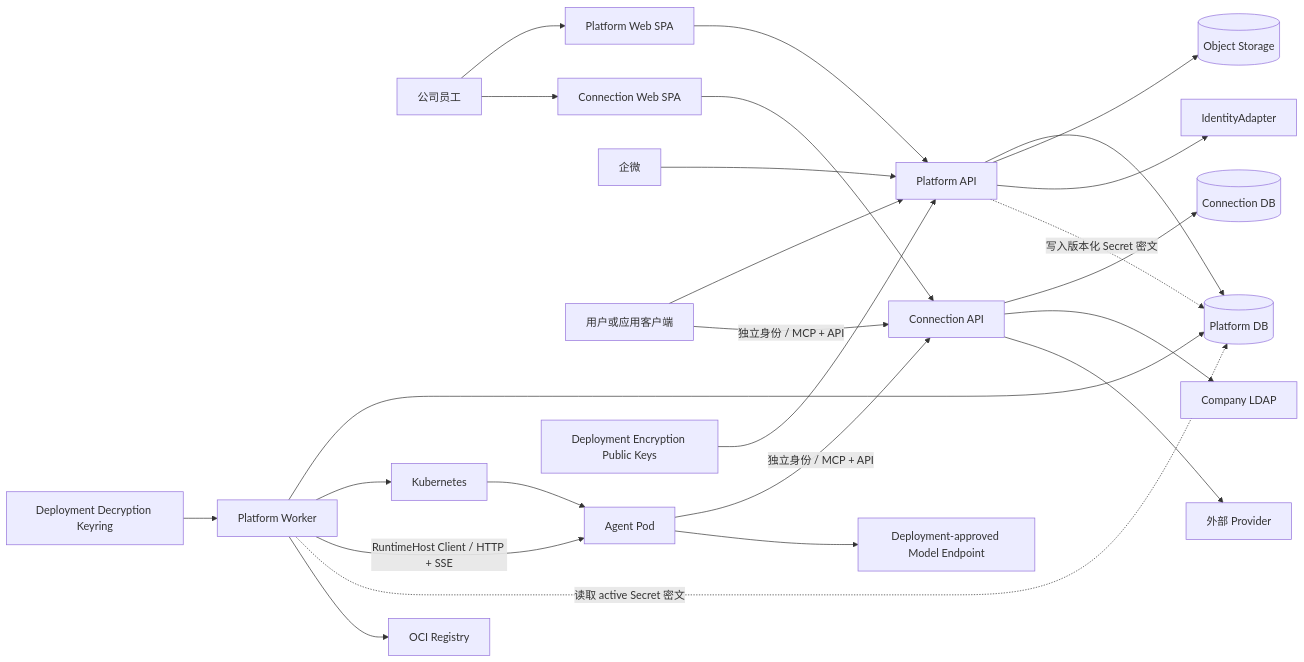
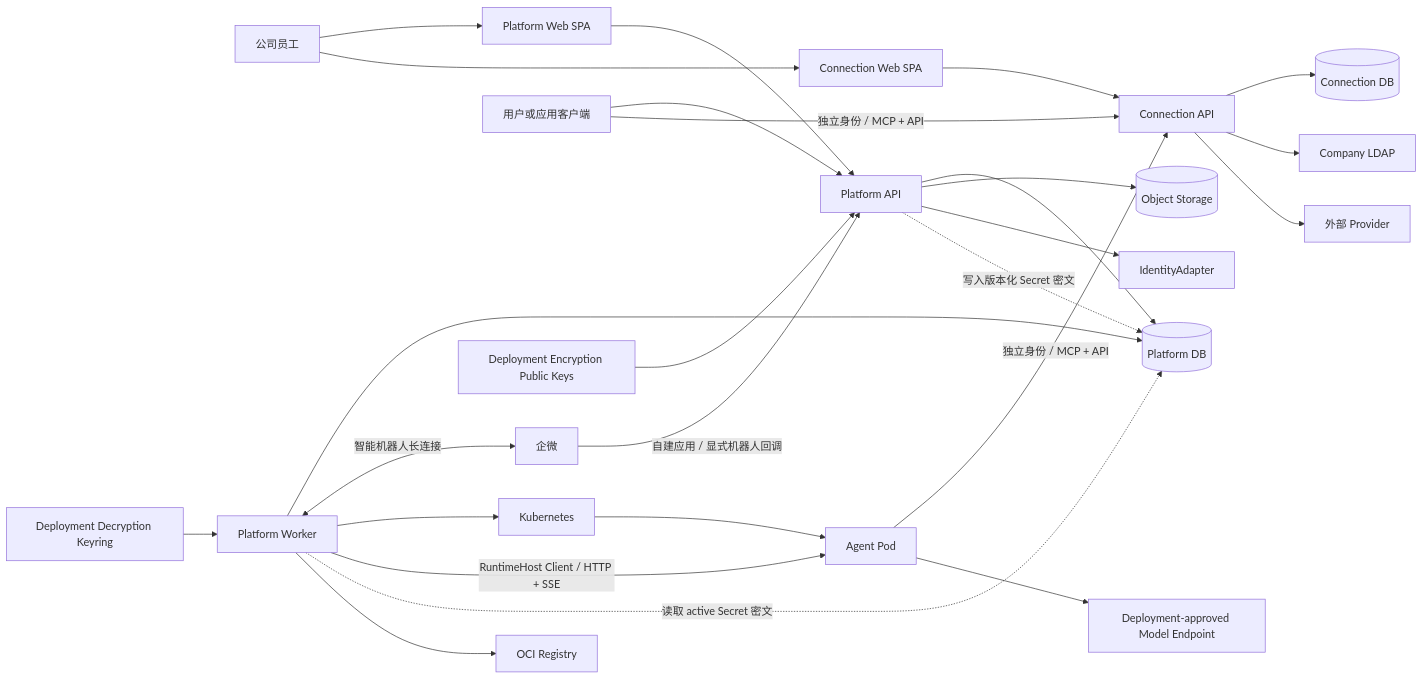
Before and after one commit to AgoraIO-Extensions/agent-infra: the first of 3 diagrams in docs/architecture/SPEC-agent-infra-M1-engineering-architecture.md, drawn with Mermaid. The commit also changed other lines of this file and 10 other files, not shown here.

````diff
--- a/docs/architecture/SPEC-agent-infra-M1-engineering-architecture.md
+++ b/docs/architecture/SPEC-agent-infra-M1-engineering-architecture.md
@@ -84,31 +84,32 @@
 ```mermaid
 flowchart LR
     U[公司员工] --> W[Platform Web SPA]
     U --> CW[Connection Web SPA]
-    QW[企微] --> PA[Platform API]
+    QW[企微] -->|自建应用 / 显式机器人回调| PA[Platform API]
     CLI[用户或应用客户端] --> PA
     CLI -->|独立身份 / MCP + API| CA
     W --> PA
     CW --> CA[Connection API]
 
     PA --> PD[(Platform DB)]
     PA --> OS[(Object Storage)]
     PA --> IDP[IdentityAdapter]
     PW[Platform Worker] --> PD
+    PW <-->|智能机器人长连接| QW
 
     PW --> K8S[Kubernetes]
     K8S --> AP[Agent Pod]
     PW -->|RuntimeHost Client / HTTP + SSE| AP
 
     AP -->|独立身份 / MCP + API| CA
     CA --> CD[(Connection DB)]
     CA --> LDAP[Company LDAP]
     PA -.->|写入版本化 Secret 密文| PD
     PW -.->|读取 active Secret 密文| PD
     PUB[Deployment Encryption Public Keys] --> PA
     PRIV[Deployment Decryption Keyring] --> PW
     CA --> EXT[外部 Provider]
 
     AP --> MODEL[Deployment-approved Model Endpoint]
     PW --> REG[OCI Registry]
 ```
````
